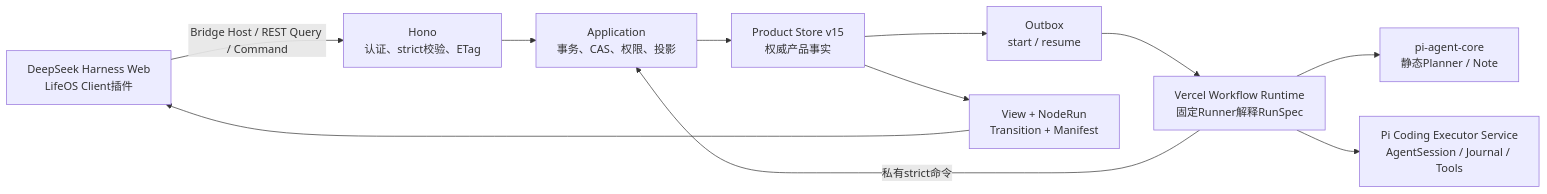
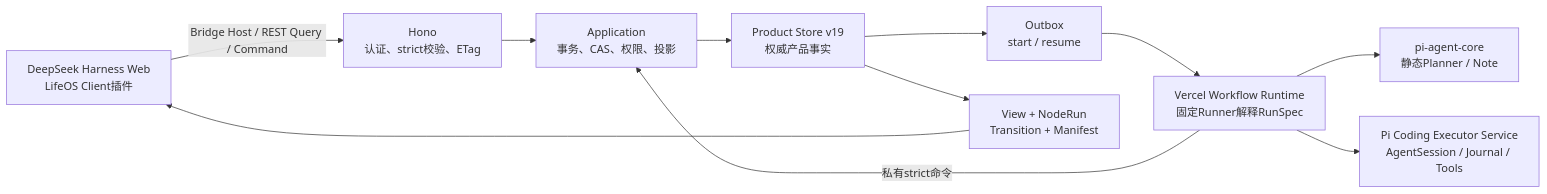
One commit to later-3/Chat changed the diagram in docs/architecture/configurable-workflow-as-built.md. Above: the diagram before and after it, drawn with Mermaid. The commit also changed other lines of this file and 66 other files, not shown here.

````diff
--- a/docs/architecture/configurable-workflow-as-built.md
+++ b/docs/architecture/configurable-workflow-as-built.md
@@ -29,13 +30,13 @@
 ```mermaid
 flowchart LR
   UI["DeepSeek Harness Web\nLifeOS Client插件"] -->|"Bridge Host / REST Query / Command"| API["Hono\n认证、strict校验、ETag"]
   API --> APP["Application\n事务、CAS、权限、投影"]
-  APP --> STORE["Product Store v15\n权威产品事实"]
+  APP --> STORE["Product Store v19\n权威产品事实"]
   STORE --> OUTBOX["Outbox\nstart / resume"]
   OUTBOX --> RUNTIME["Vercel Workflow Runtime\n固定Runner解释RunSpec"]
   RUNTIME -->|"私有strict命令"| APP
   RUNTIME --> PI["pi-agent-core\n静态Planner / Note"]
   RUNTIME --> EXECUTOR["Pi Coding Executor Service\nAgentSession / Journal / Tools"]
   STORE --> VIEW["View + NodeRun\nTransition + Manifest"]
   VIEW --> UI
 ```
````
